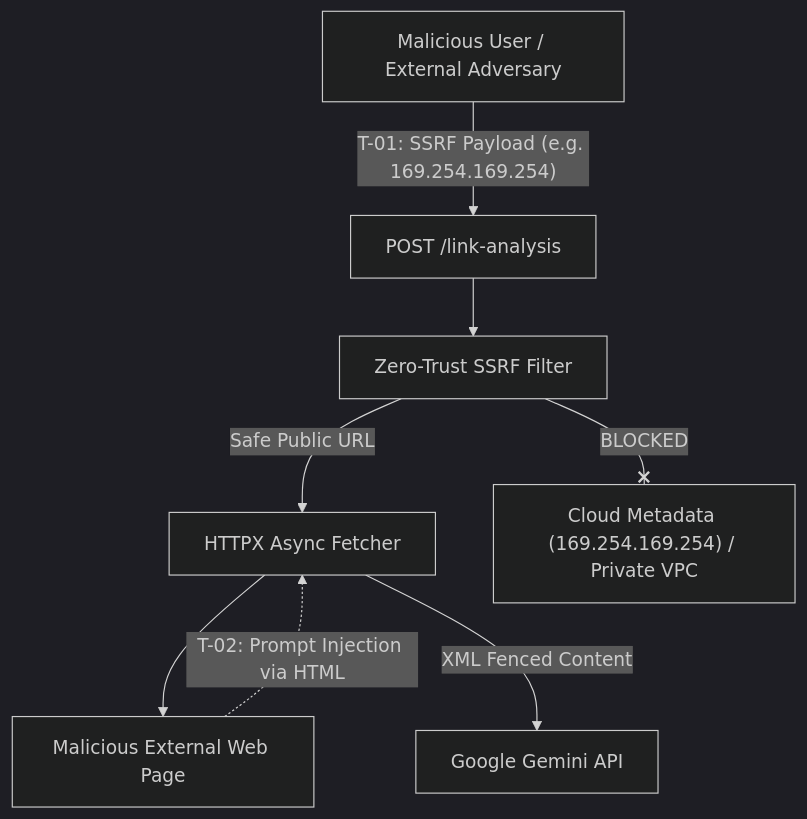
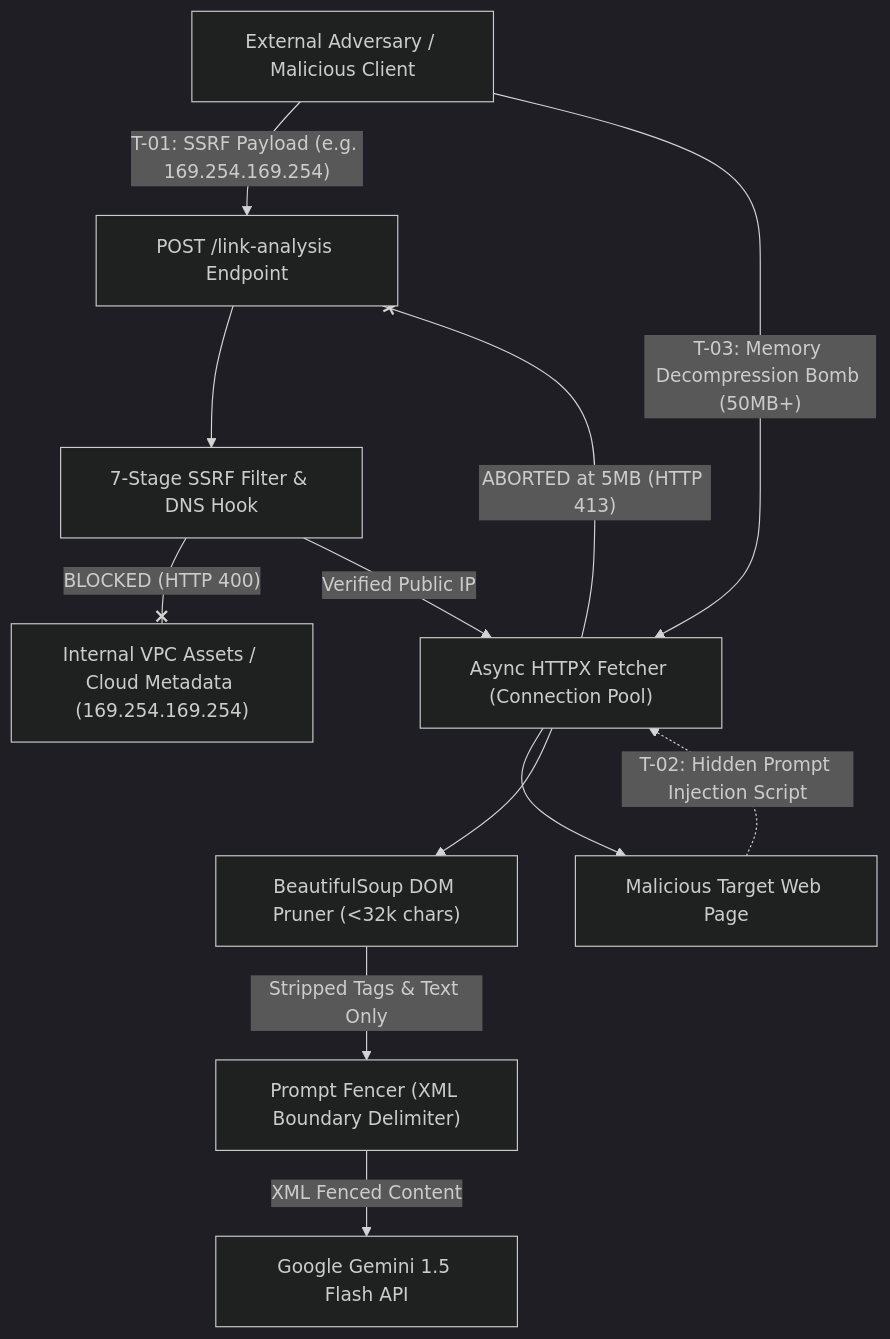
The diagram in docs/security/01-stride-threat-model.md (piyushmakhija28/ai-link-analysis), drawn with Mermaid (dark theme) before and after one commit. The commit also changed other lines of this file and 3 other files, not shown here.

````diff
--- a/docs/security/01-stride-threat-model.md
+++ b/docs/security/01-stride-threat-model.md
@@ -14,18 +18,26 @@
 ```mermaid
 graph TD
-    Attacker["Malicious User / External Adversary"]
-    Ingress["POST /link-analysis"]
-    SSRFGate["Zero-Trust SSRF Filter"]
-    Fetcher["HTTPX Async Fetcher"]
-    TargetSite["Malicious External Web Page"]
-    LLM["Google Gemini API"]
-    InternalNet["Cloud Metadata (169.254.169.254) / Private VPC"]
-
+    Attacker["External Adversary / Malicious Client"]
+    Ingress["POST /link-analysis Endpoint"]
+    SSRF["7-Stage SSRF Filter & DNS Hook"]
+    HTTPX["Async HTTPX Fetcher (Connection Pool)"]
+    DOMPrune["BeautifulSoup DOM Pruner (<32k chars)"]
+    PromptFencer["Prompt Fencer (XML Boundary Delimiter)"]
+    LLM["Google Gemini 1.5 Flash API"]
+    InternalNet["Internal VPC Assets / Cloud Metadata (169.254.169.254)"]
+    
     Attacker -->|"T-01: SSRF Payload (e.g. 169.254.169.254)"| Ingress
-    Ingress --> SSRFGate
-    SSRFGate --x|"BLOCKED"| InternalNet
-    SSRFGate -->|"Safe Public URL"| Fetcher
-    Fetcher --> TargetSite
-    TargetSite -.->|"T-02: Prompt Injection via HTML"| Fetcher
-    Fetcher -->|"XML Fenced Content"| LLM
+    Ingress --> SSRF
+    SSRF --x|"BLOCKED (HTTP 400)"| InternalNet
+    SSRF -->|"Verified Public IP"| HTTPX
+    
+    Attacker -->|"T-03: Memory Decompression Bomb (50MB+)"| HTTPX
+    HTTPX --x|"ABORTED at 5MB (HTTP 413)"| Ingress
+    
+    TargetSite["Malicious Target Web Page"]
+    HTTPX --> TargetSite
+    TargetSite -.->|"T-02: Hidden Prompt Injection Script"| HTTPX
+    HTTPX --> DOMPrune
+    DOMPrune -->|"Stripped Tags & Text Only"| PromptFencer
+    PromptFencer -->|"XML Fenced Content"| LLM
 ```
````
